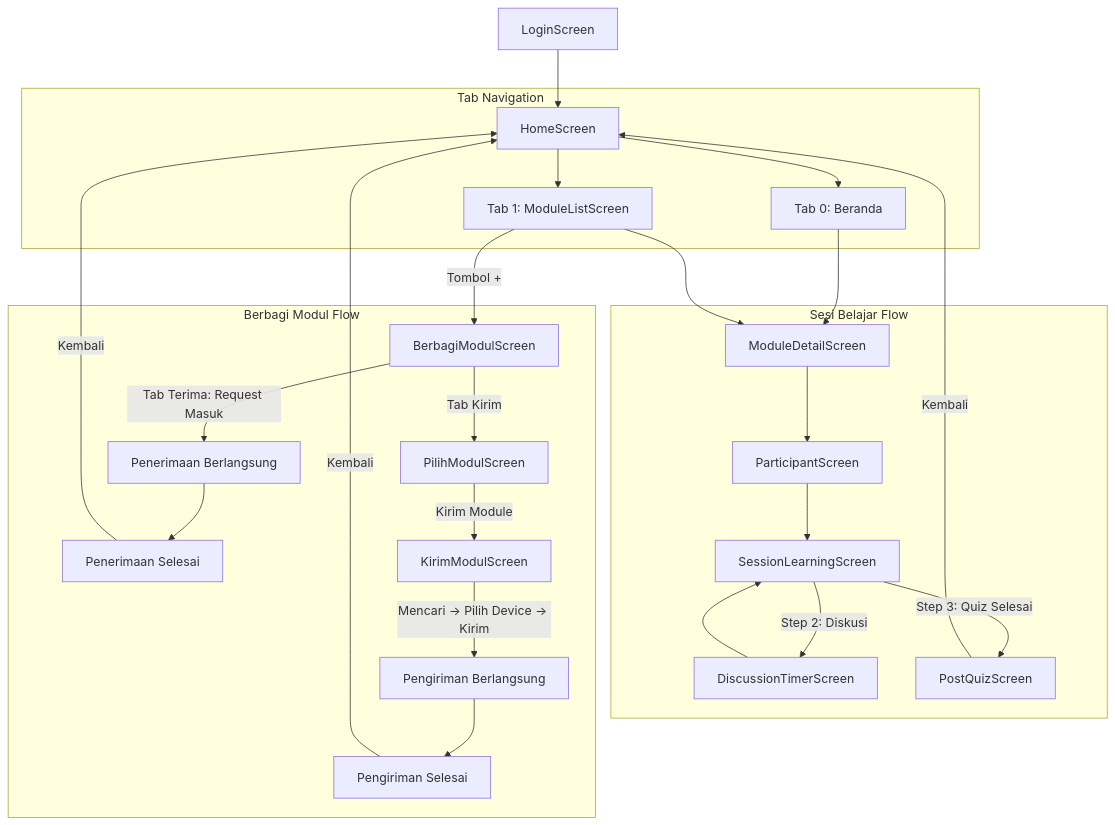
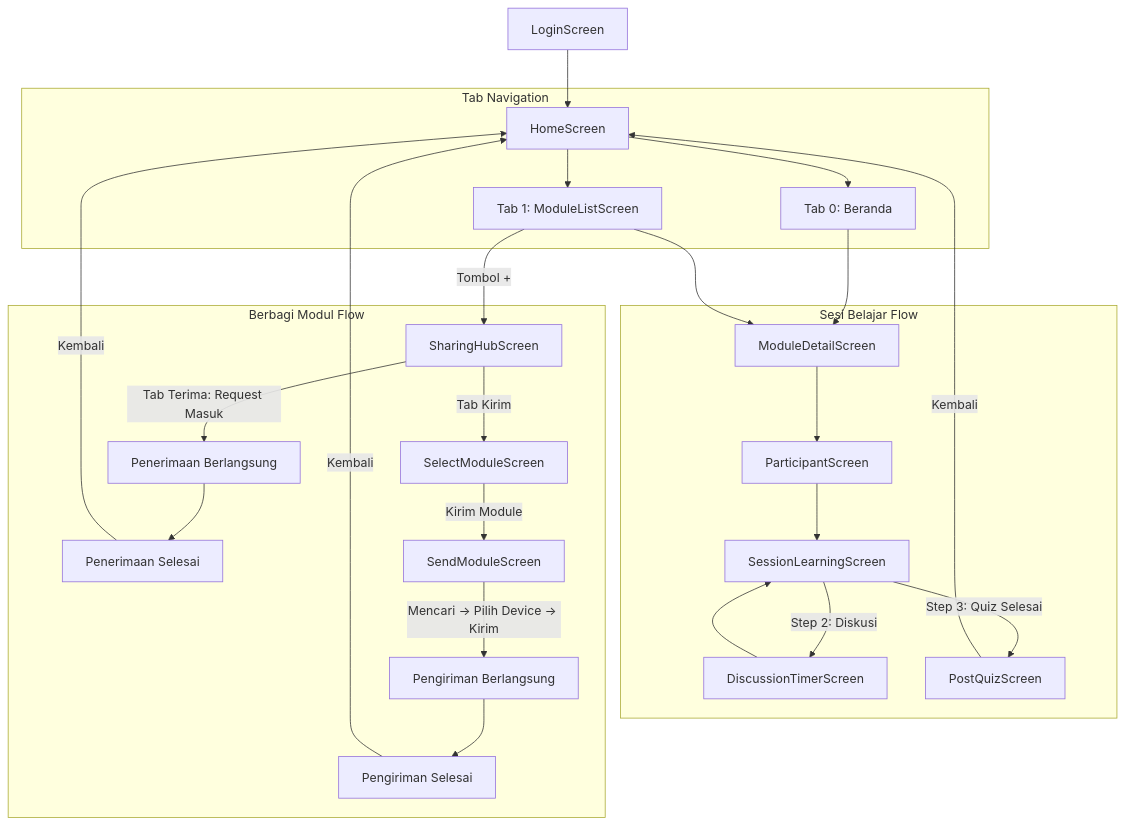
The diagram in StructureFile.md (Deanity/Gyntec), drawn with Mermaid before and after one commit. The commit also changed other lines of this file and 13 other files, not shown here.

Commit message:
refactor: migrasi alur berbagi modul ke features/sharing (screens & widgets) serta update StructureFile.md

````diff
--- a/StructureFile.md
+++ b/StructureFile.md
@@ -92,34 +93,34 @@
 ```mermaid
 flowchart TD
     Login[LoginScreen] --> Home[HomeScreen]
     
     subgraph Tab Navigation
         Home --> TabHome[Tab 0: Beranda]
         Home --> TabModul[Tab 1: ModuleListScreen]
     end
 
     TabHome --> DetailMateri[ModuleDetailScreen]
     TabModul --> DetailMateri
     
     subgraph Sesi Belajar Flow
         DetailMateri --> Peserta[ParticipantScreen]
         Peserta --> SesiBelajar[SessionLearningScreen]
         SesiBelajar -->|Step 2: Diskusi| TimerDiskusi[DiscussionTimerScreen]
         TimerDiskusi --> SesiBelajar
         SesiBelajar -->|Step 3: Quiz Selesai| PostQuiz[PostQuizScreen]
         PostQuiz -->|Kembali| Home
     end
 
     subgraph Berbagi Modul Flow
-        TabModul -->|Tombol +| Berbagi[BerbagiModulScreen]
+        TabModul -->|Tombol +| Berbagi[SharingHubScreen]
         Berbagi -->|Tab Terima: Request Masuk| TerimaProgress[Penerimaan Berlangsung]
         TerimaProgress --> TerimaDone[Penerimaan Selesai]
         TerimaDone -->|Kembali| Home
         
-        Berbagi -->|Tab Kirim| PilihModul[PilihModulScreen]
-        PilihModul -->|Kirim Module| KirimDevice[KirimModulScreen]
+        Berbagi -->|Tab Kirim| PilihModul[SelectModuleScreen]
+        PilihModul -->|Kirim Module| KirimDevice[SendModuleScreen]
         KirimDevice -->|Mencari -> Pilih Device -> Kirim| KirimProgress[Pengiriman Berlangsung]
         KirimProgress --> KirimDone[Pengiriman Selesai]
         KirimDone -->|Kembali| Home
     end
 ```
````
